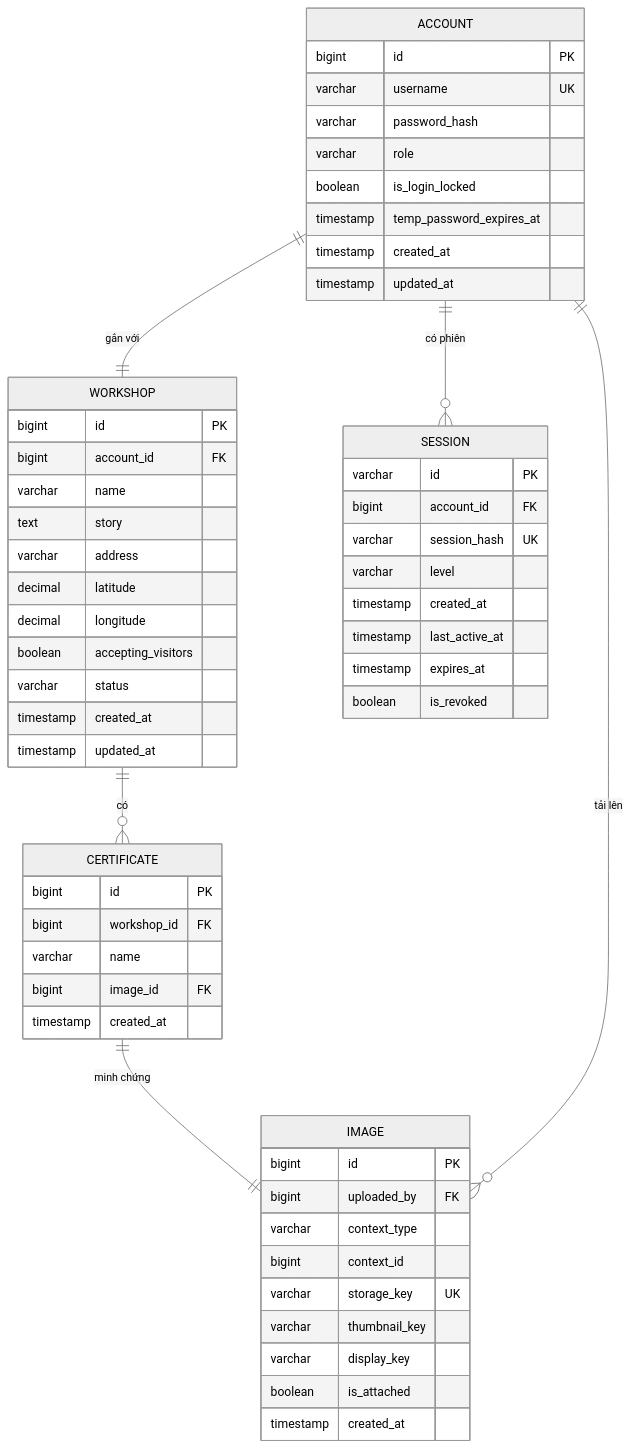
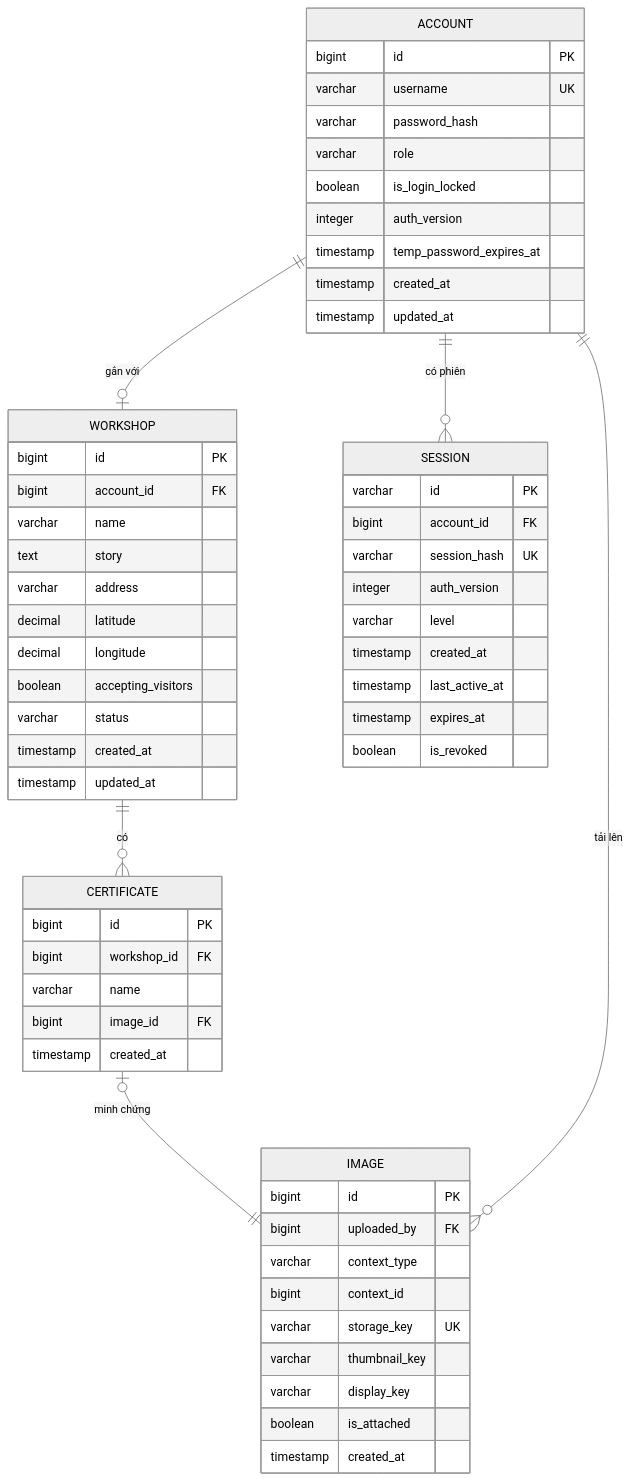
One commit to HUY-TD16/vCraft changed the first of 10 diagrams in docs/02-specifications/data-design.md. Above: the diagram before and after it, drawn with Mermaid (neutral theme). The commit also changed other lines of this file, not shown here.

````diff
--- a/docs/02-specifications/data-design.md
+++ b/docs/02-specifications/data-design.md
@@ -15,60 +15,62 @@
 ```mermaid
 erDiagram
     ACCOUNT {
         bigint id PK
         varchar username UK
         varchar password_hash
         varchar role
         boolean is_login_locked
+        integer auth_version
         timestamp temp_password_expires_at
         timestamp created_at
         timestamp updated_at
     }
     WORKSHOP {
         bigint id PK
         bigint account_id FK
         varchar name
         text story
         varchar address
         decimal latitude
         decimal longitude
         boolean accepting_visitors
         varchar status
         timestamp created_at
         timestamp updated_at
     }
     CERTIFICATE {
         bigint id PK
         bigint workshop_id FK
         varchar name
         bigint image_id FK
         timestamp created_at
     }
     SESSION {
         varchar id PK
         bigint account_id FK
         varchar session_hash UK
+        integer auth_version
         varchar level
         timestamp created_at
         timestamp last_active_at
         timestamp expires_at
         boolean is_revoked
     }
     IMAGE {
         bigint id PK
         bigint uploaded_by FK
         varchar context_type
         bigint context_id
         varchar storage_key UK
         varchar thumbnail_key
         varchar display_key
         boolean is_attached
         timestamp created_at
     }
 
-    ACCOUNT ||--|| WORKSHOP : "gắn với"
+    ACCOUNT ||--o| WORKSHOP : "gắn với"
     WORKSHOP ||--o{ CERTIFICATE : "có"
     ACCOUNT ||--o{ SESSION : "có phiên"
-    CERTIFICATE ||--|| IMAGE : "minh chứng"
+    CERTIFICATE o|--|| IMAGE : "minh chứng"
     ACCOUNT ||--o{ IMAGE : "tải lên"
 ```
````
